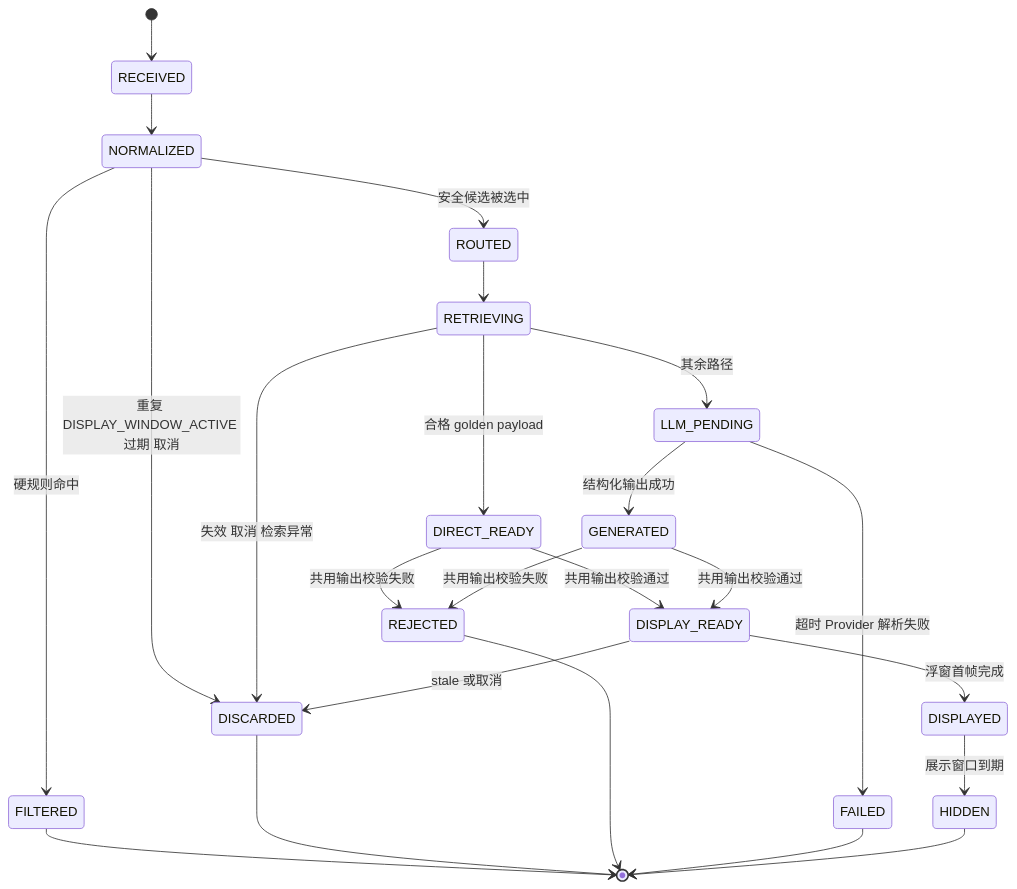
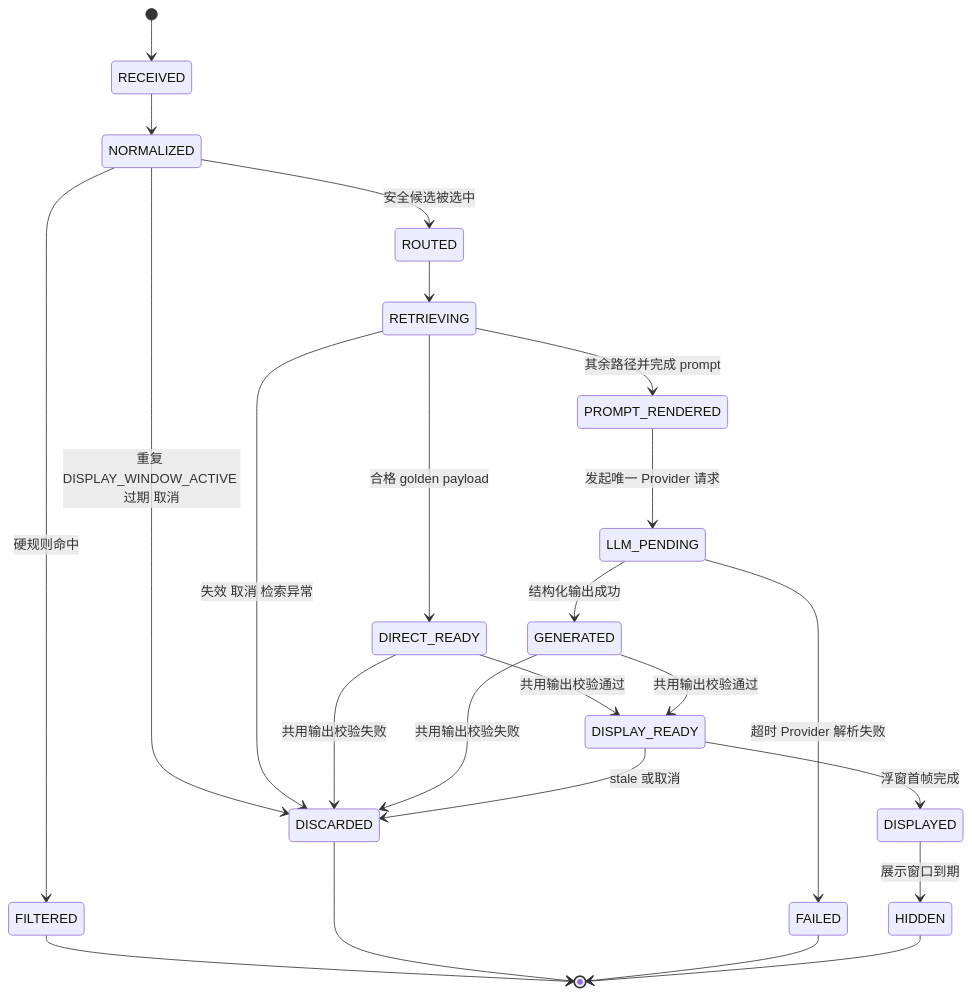
Before and after one commit to Ahsen17/douyin-echocue-standalone: diagram 11 of 12 in docs/09-design/Echocue-系统详细设计图册-v0.1.md, drawn with Mermaid. The commit also changed other lines of this file and 40 other files, not shown here.

````diff
--- a/docs/09-design/Echocue-系统详细设计图册-v0.1.md
+++ b/docs/09-design/Echocue-系统详细设计图册-v0.1.md
@@ -342,26 +348,26 @@
 ```mermaid
 stateDiagram-v2
   [*] --> RECEIVED
   RECEIVED --> NORMALIZED
   NORMALIZED --> DISCARDED: 重复 DISPLAY_WINDOW_ACTIVE 过期 取消
   NORMALIZED --> FILTERED: 硬规则命中
   NORMALIZED --> ROUTED: 安全候选被选中
   ROUTED --> RETRIEVING
   RETRIEVING --> DIRECT_READY: 合格 golden payload
-  RETRIEVING --> LLM_PENDING: 其余路径
+  RETRIEVING --> PROMPT_RENDERED: 其余路径并完成 prompt
   RETRIEVING --> DISCARDED: 失效 取消 检索异常
   DIRECT_READY --> DISPLAY_READY: 共用输出校验通过
-  DIRECT_READY --> REJECTED: 共用输出校验失败
+  DIRECT_READY --> DISCARDED: 共用输出校验失败
+  PROMPT_RENDERED --> LLM_PENDING: 发起唯一 Provider 请求
   LLM_PENDING --> GENERATED: 结构化输出成功
   LLM_PENDING --> FAILED: 超时 Provider 解析失败
   GENERATED --> DISPLAY_READY: 共用输出校验通过
-  GENERATED --> REJECTED: 共用输出校验失败
+  GENERATED --> DISCARDED: 共用输出校验失败
   DISPLAY_READY --> DISPLAYED: 浮窗首帧完成
   DISPLAY_READY --> DISCARDED: stale 或取消
   DISPLAYED --> HIDDEN: 展示窗口到期
   FILTERED --> [*]
   DISCARDED --> [*]
-  REJECTED --> [*]
   FAILED --> [*]
   HIDDEN --> [*]
 ```
````
